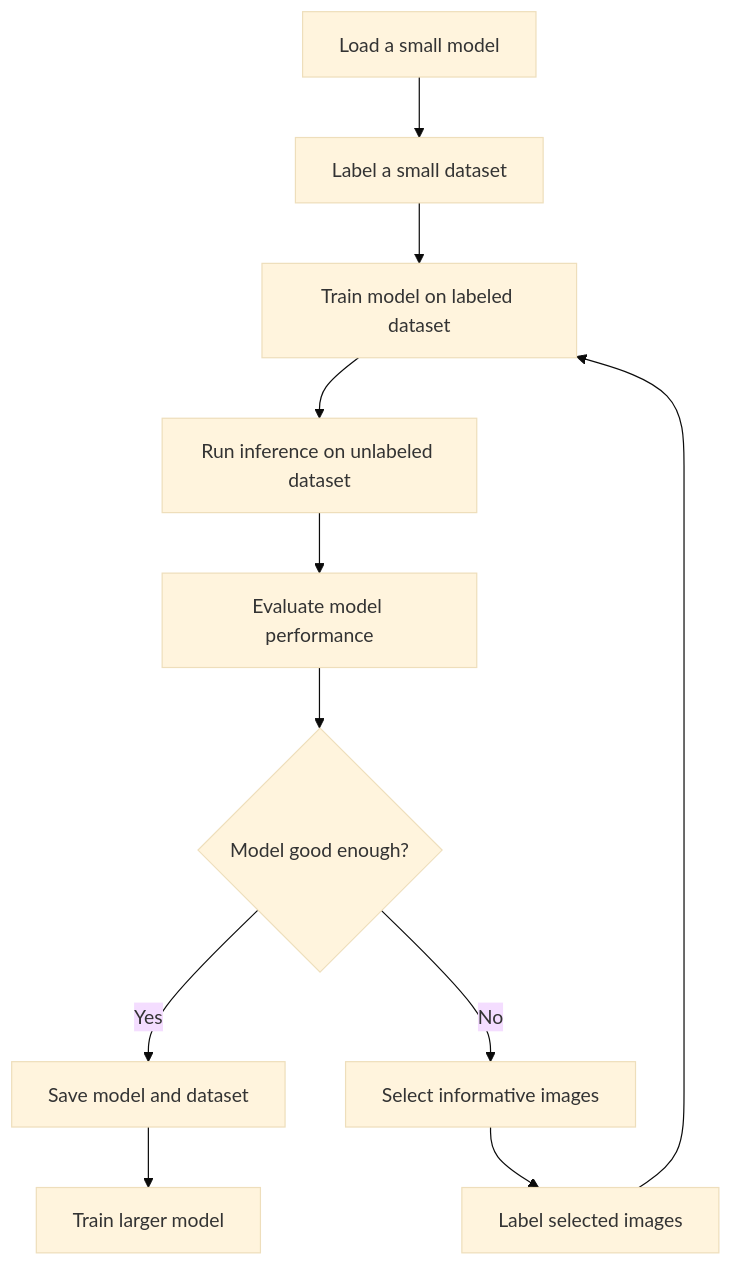
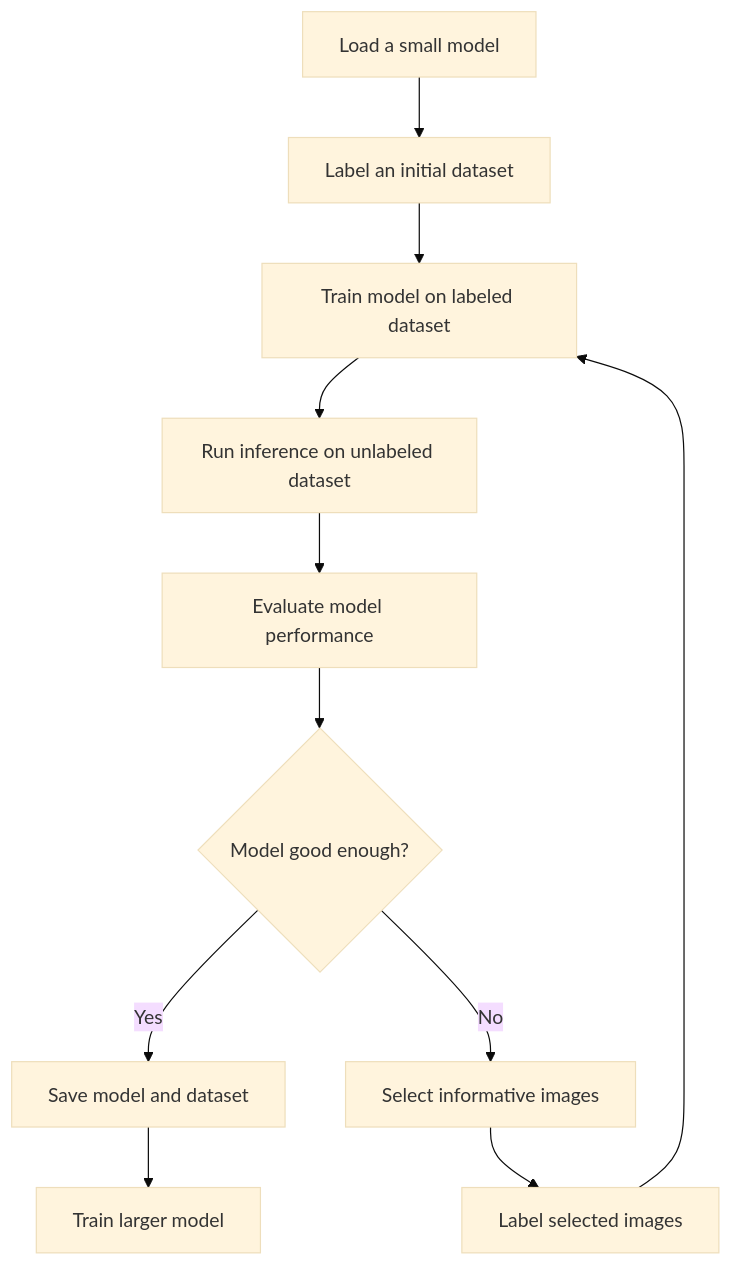
Before and after one commit to dnth/active-learning-flywheel: the diagram in README.md, drawn with Mermaid (base theme). The commit also changed other lines of this file, not shown here.

````diff
--- a/README.md
+++ b/README.md
@@ -30,13 +30,13 @@
 ```mermaid
 graph TD
-    A[Load a small model] --> B[Label a small dataset]
+    A[Load a small model] --> B[Label an initial dataset]
     B --> C[Train model on labeled dataset]
     C --> D[Run inference on unlabeled dataset]
     D --> E[Evaluate model performance]
     E --> F{Model good enough?}
     F -->|Yes| G[Save model and dataset]
     G --> H[Train larger model]
     F -->|No| I[Select informative images]
     I --> J[Label selected images]
     J --> C
 ```
````
